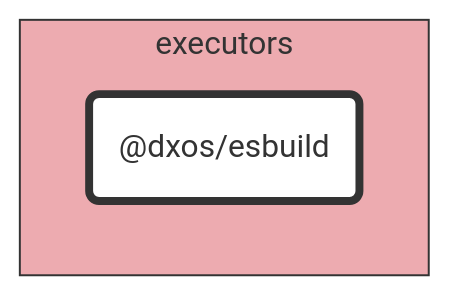
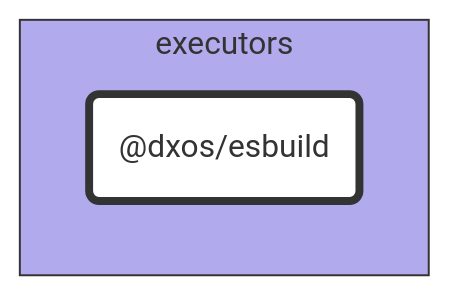
One commit to dxos/dxos changed the diagram in tools/executors/esbuild/docs/README.md. Above: the diagram before and after it, drawn with Mermaid. The commit also changed 86 other files, not shown here.

````diff
--- a/tools/executors/esbuild/docs/README.md
+++ b/tools/executors/esbuild/docs/README.md
@@ -7,20 +7,20 @@
 ```mermaid
 %%{ init: {'flowchart':{'curve':'basis'}} }%%
 
 flowchart LR
 
 %% Classes
 classDef def fill:#fff,stroke:#333,stroke-width:1px
 classDef root fill:#fff,stroke:#333,stroke-width:4px
 
 %% Nodes
 
 subgraph executors [executors]
-  style executors fill:#edabb0,stroke:#333
+  style executors fill:#b1abed,stroke:#333
   dxos/esbuild("@dxos/esbuild"):::root
   click dxos/esbuild "dxos/dxos/tree/main/tools/executors/esbuild/docs"
 end
 
 %% Links
 linkStyle default stroke:#333,stroke-width:1px
 ```
````
